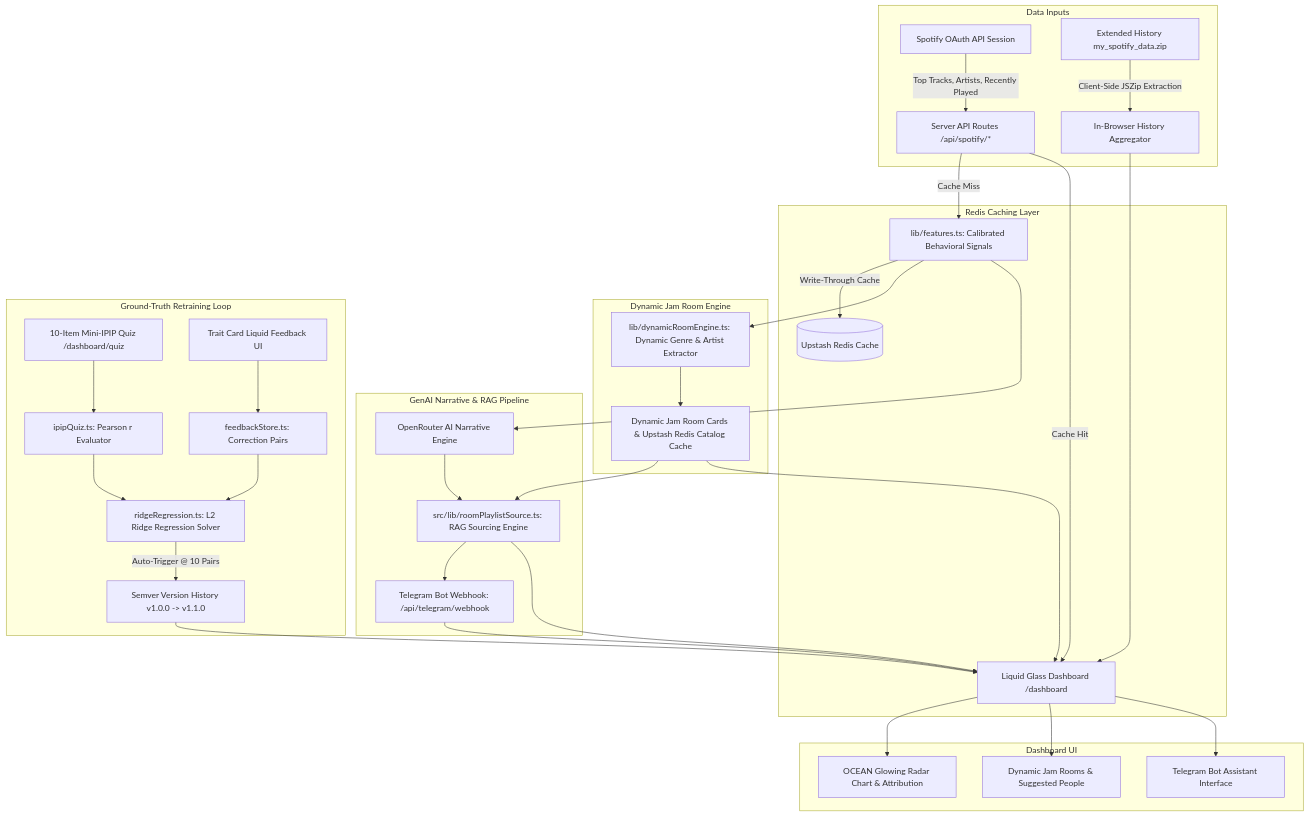
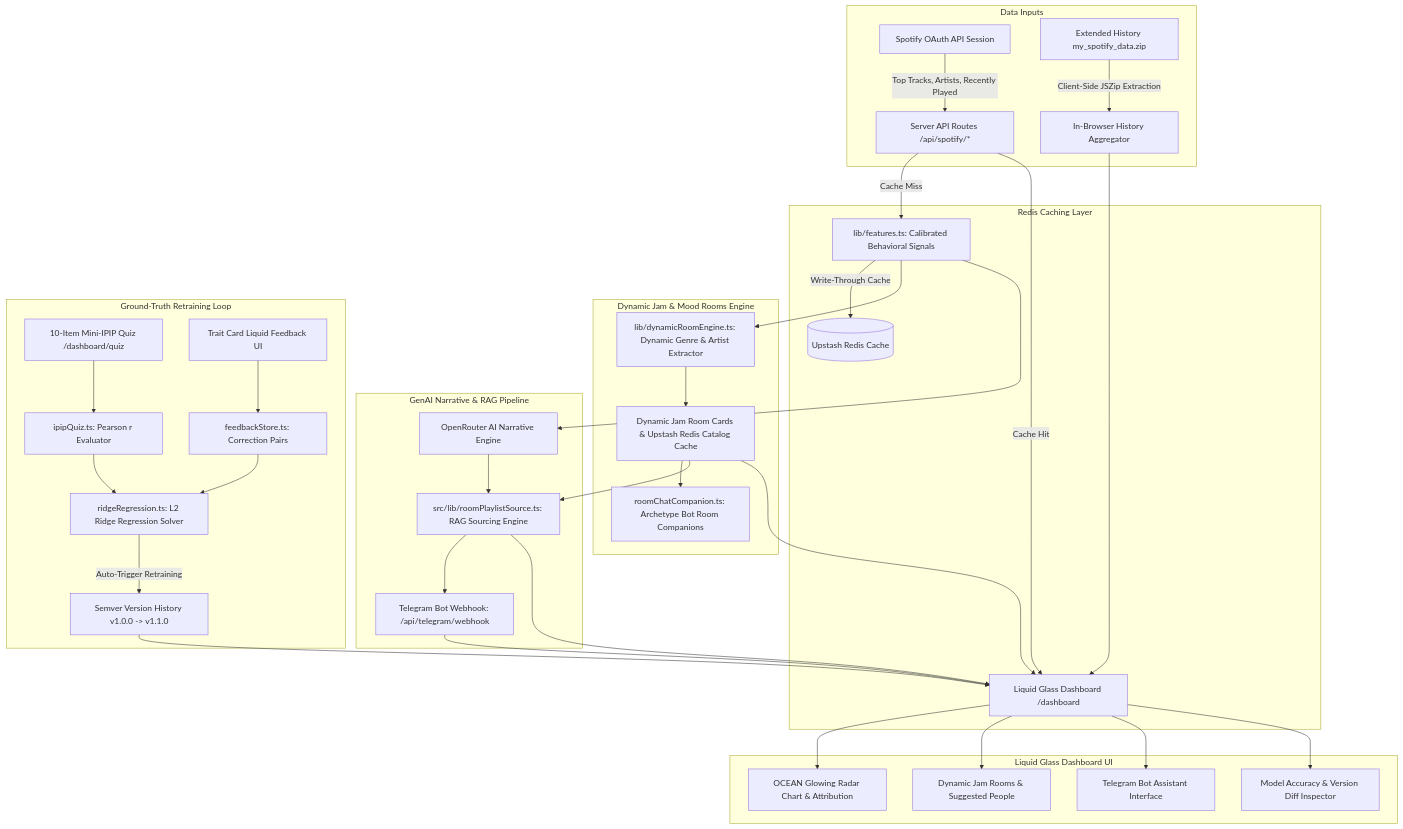
Before and after one commit to GunaTeja777/SpotiGlory: the diagram in README.md, drawn with Mermaid. The commit also changed other lines of this file and 1 other file, not shown here.

````diff
--- a/README.md
+++ b/README.md
@@ -103,44 +109,41 @@
 ```mermaid
 flowchart TD
     subgraph Data Inputs
         A[Spotify OAuth API Session] -->|Top Tracks, Artists, Recently Played| B[Server API Routes /api/spotify/*]
         C[Extended History my_spotify_data.zip] -->|Client-Side JSZip Extraction| D[In-Browser History Aggregator]
     end
 
     subgraph Redis Caching Layer
         B -->|Cache Miss| E[lib/features.ts: Calibrated Behavioral Signals]
         B -->|Cache Hit| Q
         E -->|Write-Through Cache| RC[(Upstash Redis Cache)]
     end
 
-    subgraph Dynamic Jam Room Engine
+    subgraph Dynamic Jam & Mood Rooms Engine
         E --> F[lib/dynamicRoomEngine.ts: Dynamic Genre & Artist Extractor]
         F --> G[Dynamic Jam Room Cards & Upstash Redis Catalog Cache]
+        G --> H[roomChatCompanion.ts: Archetype Bot Room Companions]
     end
 
     subgraph GenAI Narrative & RAG Pipeline
-        E --> H[OpenRouter AI Narrative Engine]
-        H --> I[src/lib/roomPlaylistSource.ts: RAG Sourcing Engine]
-        G --> I
-        I --> J[Telegram Bot Webhook: /api/telegram/webhook]
+        E --> I[OpenRouter AI Narrative Engine]
+        I --> J[src/lib/roomPlaylistSource.ts: RAG Sourcing Engine]
+        G --> J
+        J --> K[Telegram Bot Webhook: /api/telegram/webhook]
     end
 
     subgraph Ground-Truth Retraining Loop
-        K[10-Item Mini-IPIP Quiz /dashboard/quiz] --> L[ipipQuiz.ts: Pearson r Evaluator]
-        M[Trait Card Liquid Feedback UI] --> N[feedbackStore.ts: Correction Pairs]
-        L --> O[ridgeRegression.ts: L2 Ridge Regression Solver]
-        N --> O
-        O -->|Auto-Trigger @ 10 Pairs| P[Semver Version History v1.0.0 -> v1.1.0]
+        L[10-Item Mini-IPIP Quiz /dashboard/quiz] --> M[ipipQuiz.ts: Pearson r Evaluator]
+        N[Trait Card Liquid Feedback UI] --> O[feedbackStore.ts: Correction Pairs]
+        M & O --> P[ridgeRegression.ts: L2 Ridge Regression Solver]
+        P -->|Auto-Trigger Retraining| R[Semver Version History v1.0.0 -> v1.1.0]
     end
 
-    subgraph Dashboard UI
-        G --> Q[Liquid Glass Dashboard /dashboard]
-        I --> Q
-        J --> Q
-        P --> Q
-        D --> Q
-        Q --> R[OCEAN Glowing Radar Chart & Attribution]
-        Q --> S[Dynamic Jam Rooms & Suggested People]
-        Q --> T[Telegram Bot Assistant Interface]
+    subgraph Liquid Glass Dashboard UI
+        G & J & K & R & D --> Q[Liquid Glass Dashboard /dashboard]
+        Q --> S[OCEAN Glowing Radar Chart & Attribution]
+        Q --> T[Dynamic Jam Rooms & Suggested People]
+        Q --> U[Telegram Bot Assistant Interface]
+        Q --> V[Model Accuracy & Version Diff Inspector]
     end
 ```
````
